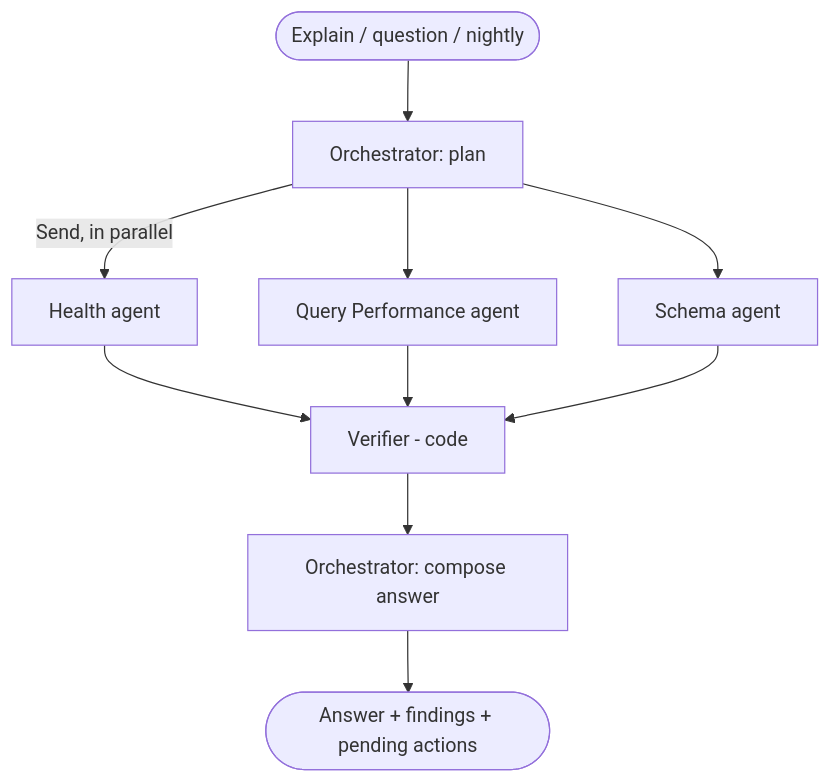
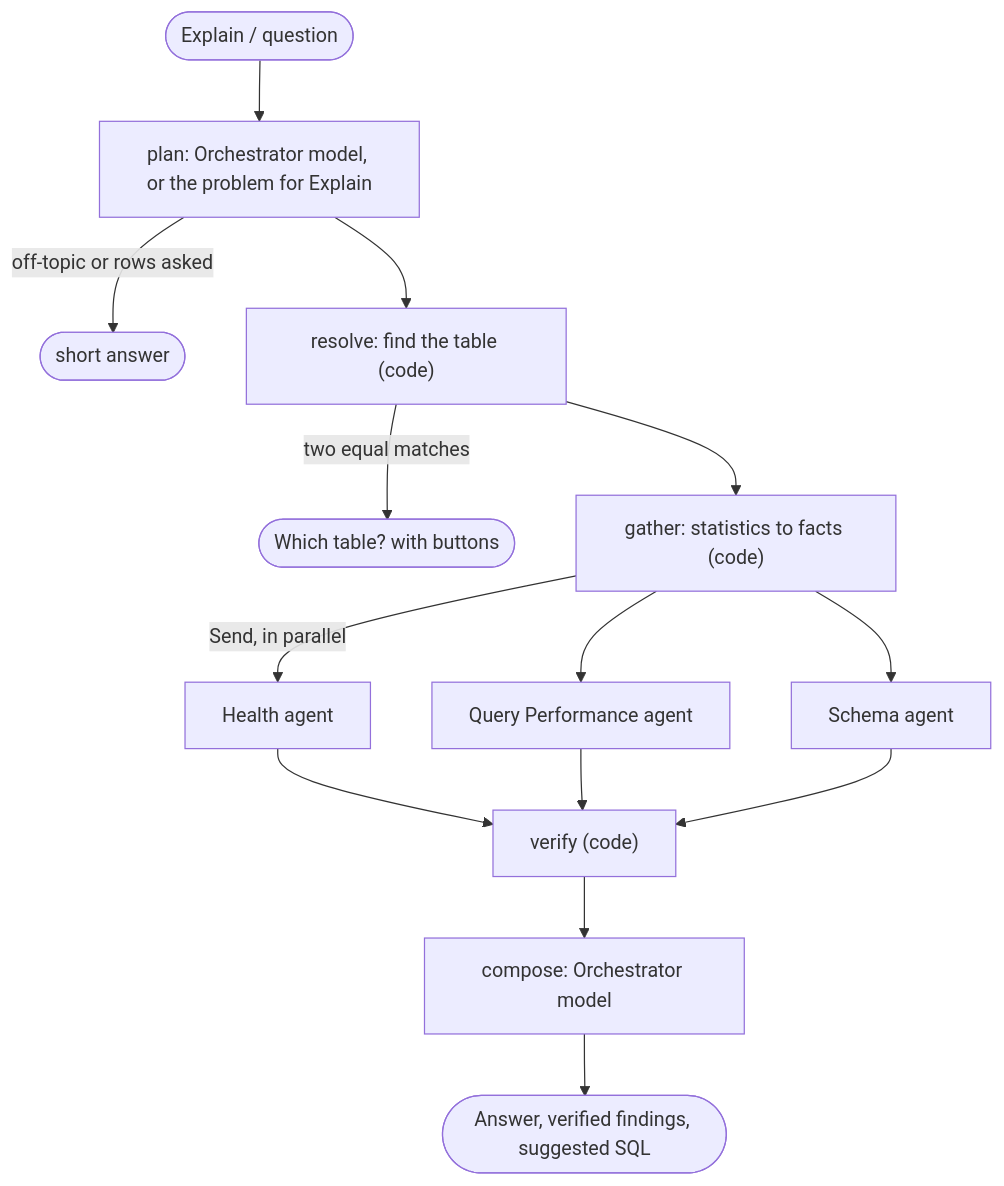
The first of 2 diagrams in docs/08-ai-agents.md (NIKHIL1678/Multi_tenant_DBA), drawn with Mermaid before and after one commit. The commit also changed other lines of this file and 41 other files, not shown here.

Commit message:
feat(ai): agent orchestration - orchestrator, specialists, verifier, Ask AI and Explain (migration 0007)

````diff
--- a/docs/08-ai-agents.md
+++ b/docs/08-ai-agents.md
@@ -50,12 +50,16 @@
 ```mermaid
 flowchart TD
-    IN([Explain / question / nightly]) --> PLAN[Orchestrator: plan]
-    PLAN -->|Send, in parallel| H[Health agent]
-    PLAN --> Q[Query Performance agent]
-    PLAN --> S[Schema agent]
-    H --> V[Verifier - code]
+    IN(["Explain / question"]) --> PLAN["plan: Orchestrator model, or the problem for Explain"]
+    PLAN -->|"off-topic or rows asked"| END1(["short answer"])
+    PLAN --> RES["resolve: find the table (code)"]
+    RES -->|"two equal matches"| END2(["Which table? with buttons"])
+    RES --> GAT["gather: statistics to facts (code)"]
+    GAT -->|"Send, in parallel"| H["Health agent"]
+    GAT --> Q["Query Performance agent"]
+    GAT --> S["Schema agent"]
+    H --> V["verify (code)"]
     Q --> V
     S --> V
-    V --> C[Orchestrator: compose answer]
-    C --> OUT([Answer + findings + pending actions])
+    V --> C["compose: Orchestrator model"]
+    C --> OUT(["Answer, verified findings, suggested SQL"])
 ```
````
